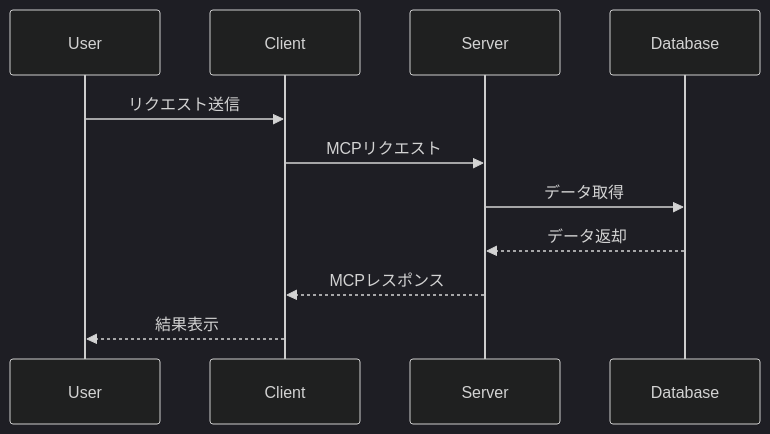
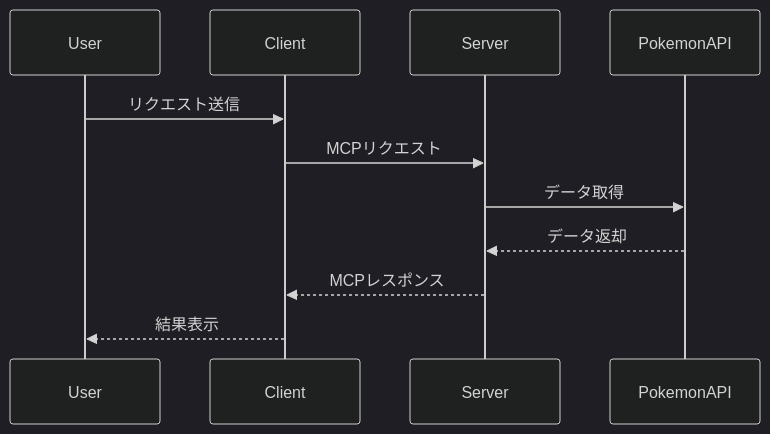
Before and after one commit to lirlia/100day_challenge_backend: the diagram in day17_mcp_pokemon/README.md, drawn with Mermaid (dark theme). The commit also changed other lines of this file, not shown here.

````diff
--- a/day17_mcp_pokemon/README.md
+++ b/day17_mcp_pokemon/README.md
@@ -34,14 +22,14 @@
 ```mermaid
 sequenceDiagram
     participant User
     participant Client
     participant Server
-    participant Database
+    participant PokemonAPI
 
     User->>Client: リクエスト送信
     Client->>Server: MCPリクエスト
-    Server->>Database: データ取得
-    Database-->>Server: データ返却
+    Server->>PokemonAPI: データ取得
+    PokemonAPI-->>Server: データ返却
     Server-->>Client: MCPレスポンス
     Client-->>User: 結果表示
 ```
````
